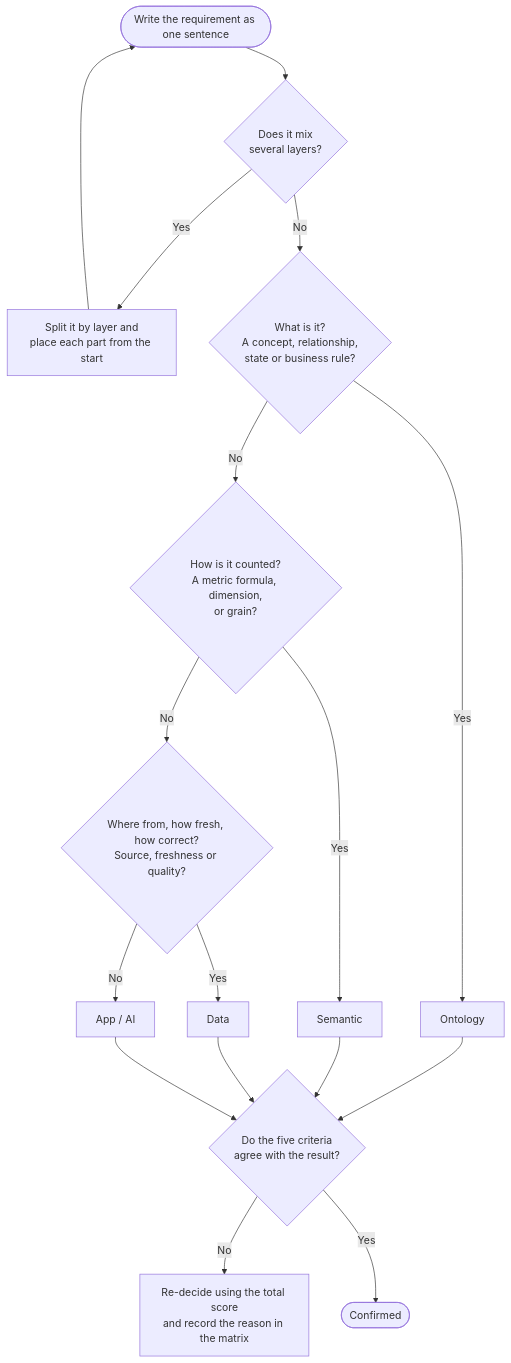
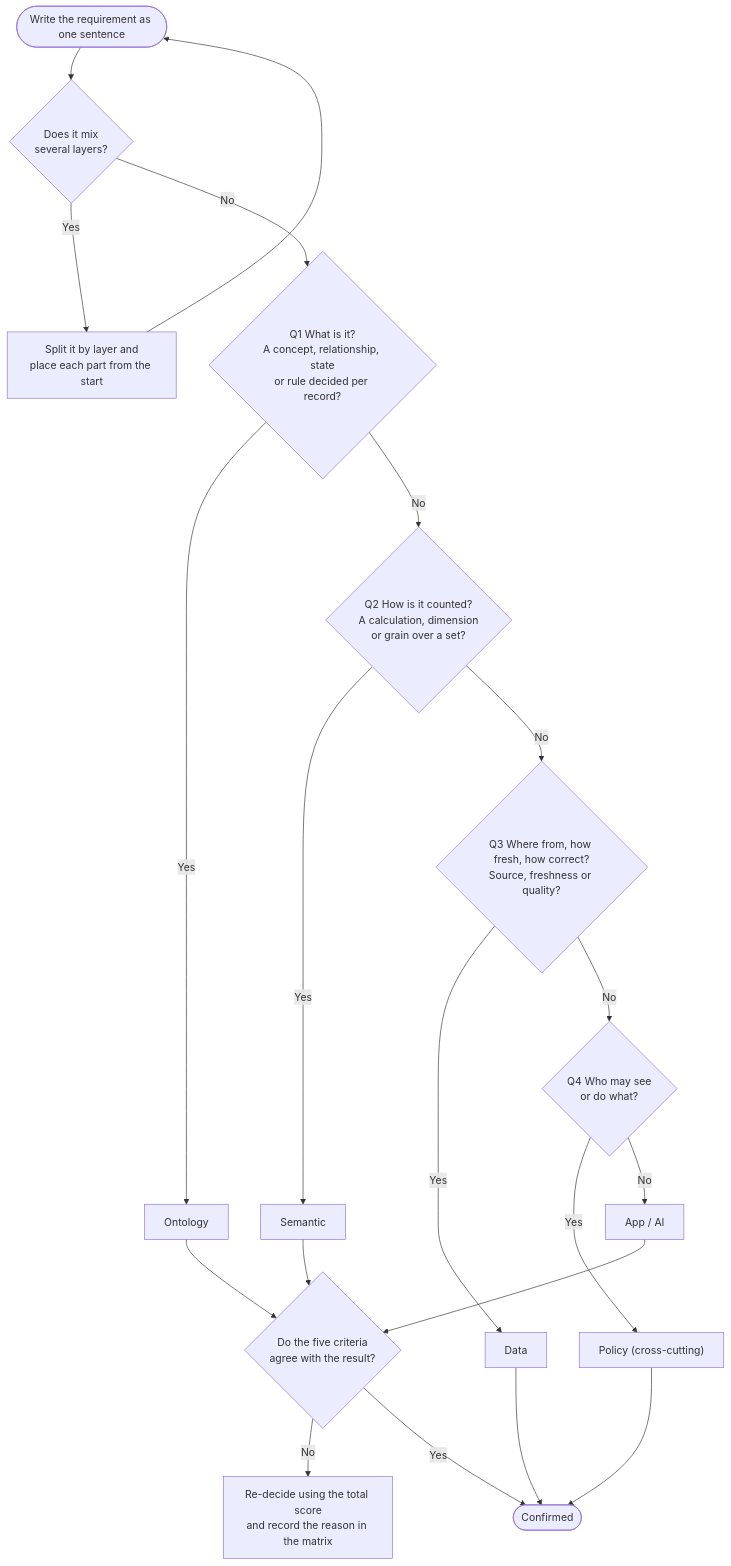
Before and after one commit to keito118/ai-ready-requirements: the diagram in framework/en/02_decision-criteria.md, drawn with Mermaid. The commit also changed other lines of this file and 12 other files, not shown here.

````diff
--- a/framework/en/02_decision-criteria.md
+++ b/framework/en/02_decision-criteria.md
@@ -14,15 +14,18 @@
 ```mermaid
 flowchart TD
   S([Write the requirement as one sentence]) --> SPLIT{Does it mix<br/>several layers?}
   SPLIT -- Yes --> DIV[Split it by layer and<br/>place each part from the start] --> S
-  SPLIT -- No --> Q1{"What is it?<br/>A concept, relationship,<br/>state or business rule?"}
+  SPLIT -- No --> Q1{"Q1 What is it?<br/>A concept, relationship, state<br/>or rule decided per record?"}
   Q1 -- Yes --> ONT[Ontology]
-  Q1 -- No --> Q2{"How is it counted?<br/>A metric formula, dimension,<br/>or grain?"}
+  Q1 -- No --> Q2{"Q2 How is it counted?<br/>A calculation, dimension<br/>or grain over a set?"}
   Q2 -- Yes --> SEM[Semantic]
-  Q2 -- No --> Q3{"Where from, how fresh, how correct?<br/>Source, freshness or quality?"}
+  Q2 -- No --> Q3{"Q3 Where from, how fresh, how correct?<br/>Source, freshness or quality?"}
   Q3 -- Yes --> DAT[Data]
-  Q3 -- No --> APP[App / AI]
-  ONT & SEM & DAT & APP --> CHK{Do the five criteria<br/>agree with the result?}
+  Q3 -- No --> Q4{"Q4 Who may see<br/>or do what?"}
+  Q4 -- Yes --> POL["Policy (cross-cutting)"]
+  Q4 -- No --> APP[App / AI]
+  ONT & SEM & APP --> CHK{Do the five criteria<br/>agree with the result?}
+  DAT & POL --> OK
   CHK -- No --> REV[Re-decide using the total score<br/>and record the reason in the matrix]
   CHK -- Yes --> OK([Confirmed])
 ```
````
